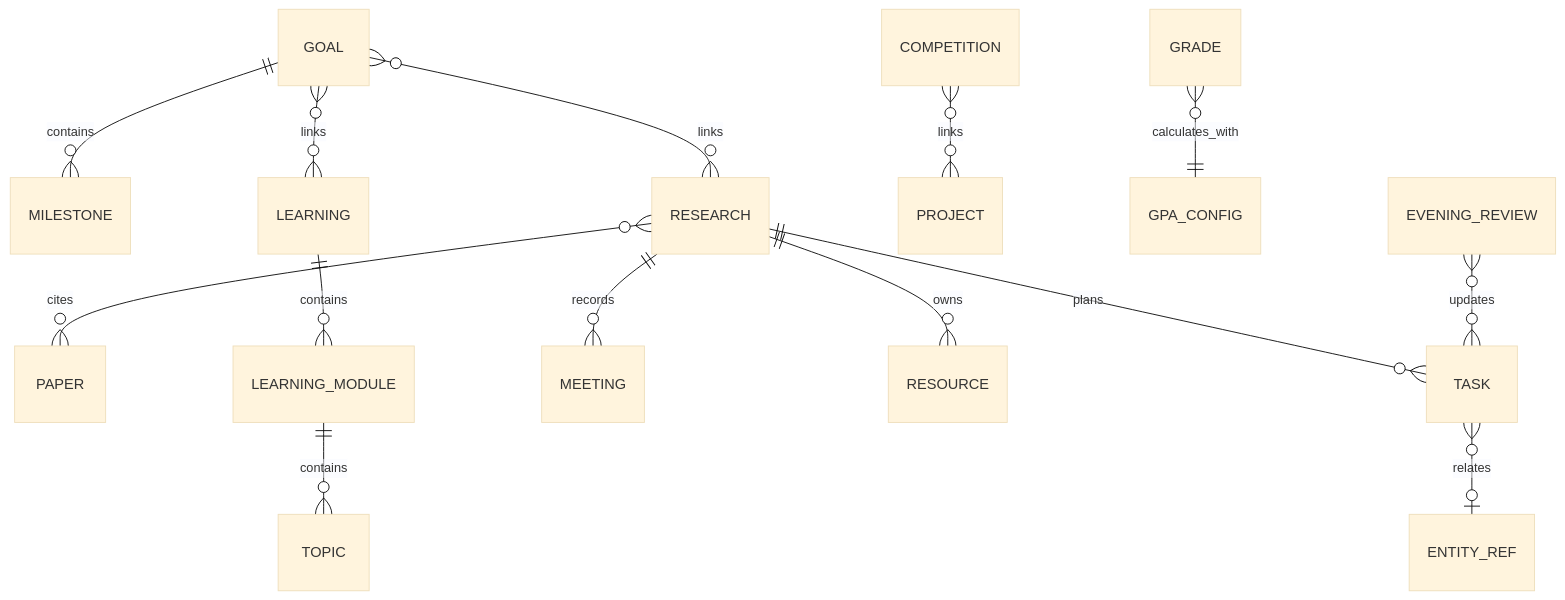
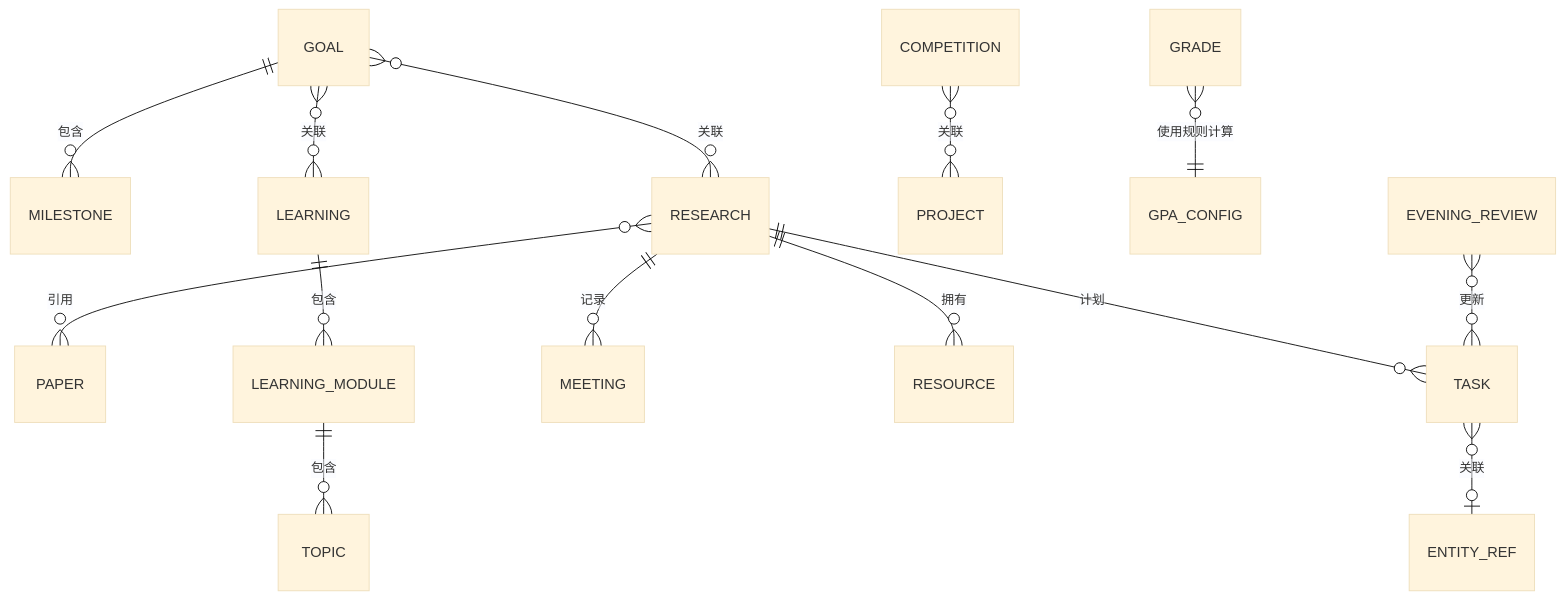
The diagram in docs/architecture.md (Wang-Zhaolian/research-os), drawn with Mermaid (base theme) before and after one commit. The commit also changed other lines of this file and 9 other files, not shown here.

````diff
--- a/docs/architecture.md
+++ b/docs/architecture.md
@@ -9,16 +15,16 @@
 ```mermaid
 erDiagram
-  GOAL ||--o{ MILESTONE : contains
-  GOAL }o--o{ LEARNING : links
-  GOAL }o--o{ RESEARCH : links
-  RESEARCH }o--o{ PAPER : cites
-  RESEARCH ||--o{ TASK : plans
-  RESEARCH ||--o{ MEETING : records
-  RESEARCH ||--o{ RESOURCE : owns
-  LEARNING ||--o{ LEARNING_MODULE : contains
-  LEARNING_MODULE ||--o{ TOPIC : contains
-  COMPETITION }o--o{ PROJECT : links
-  TASK }o--o| ENTITY_REF : relates
-  GRADE }o--|| GPA_CONFIG : calculates_with
-  EVENING_REVIEW }o--o{ TASK : updates
+  GOAL ||--o{ MILESTONE : 包含
+  GOAL }o--o{ LEARNING : 关联
+  GOAL }o--o{ RESEARCH : 关联
+  RESEARCH }o--o{ PAPER : 引用
+  RESEARCH ||--o{ TASK : 计划
+  RESEARCH ||--o{ MEETING : 记录
+  RESEARCH ||--o{ RESOURCE : 拥有
+  LEARNING ||--o{ LEARNING_MODULE : 包含
+  LEARNING_MODULE ||--o{ TOPIC : 包含
+  COMPETITION }o--o{ PROJECT : 关联
+  TASK }o--o| ENTITY_REF : 关联
+  GRADE }o--|| GPA_CONFIG : 使用规则计算
+  EVENING_REVIEW }o--o{ TASK : 更新
 ```
````
